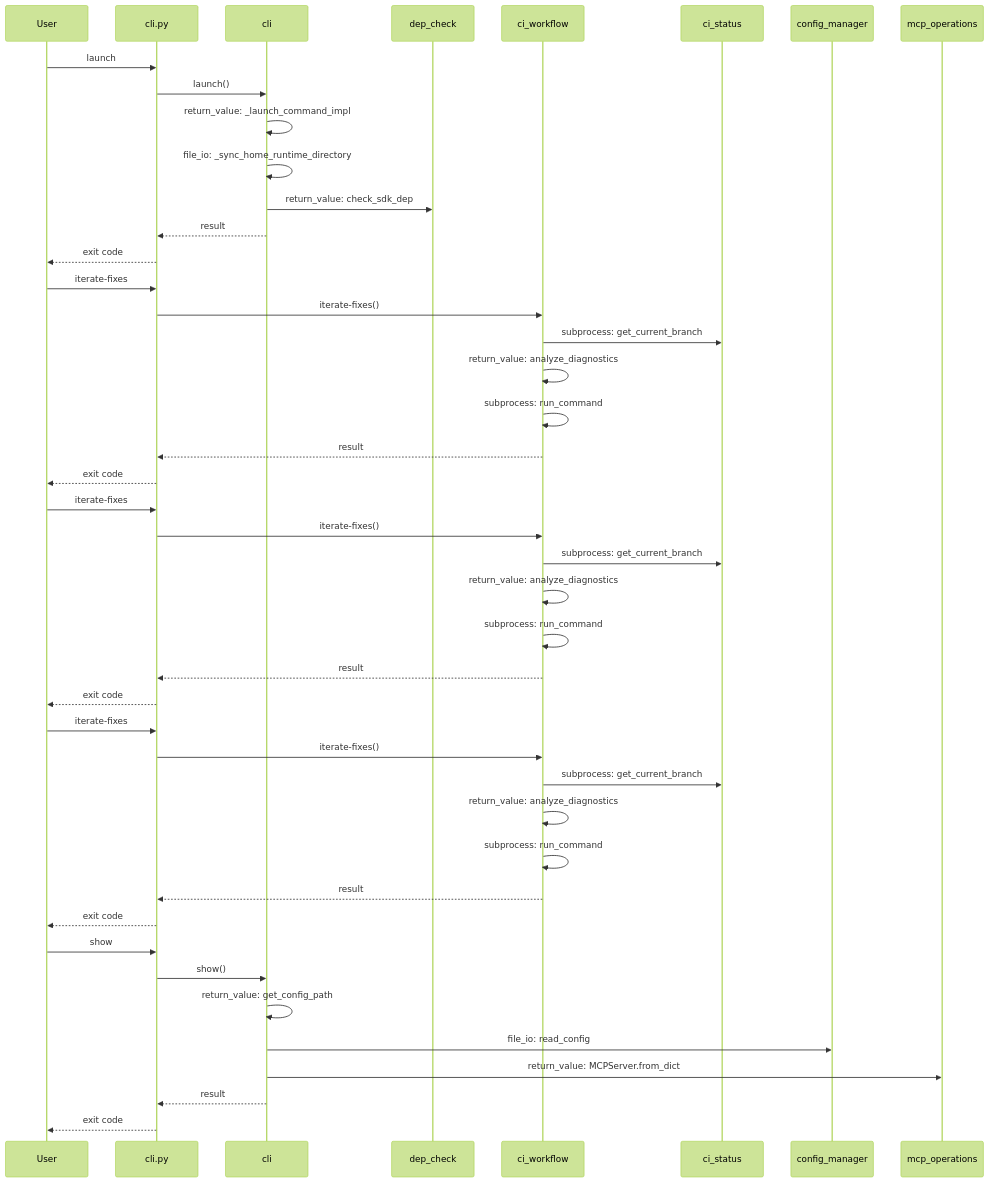
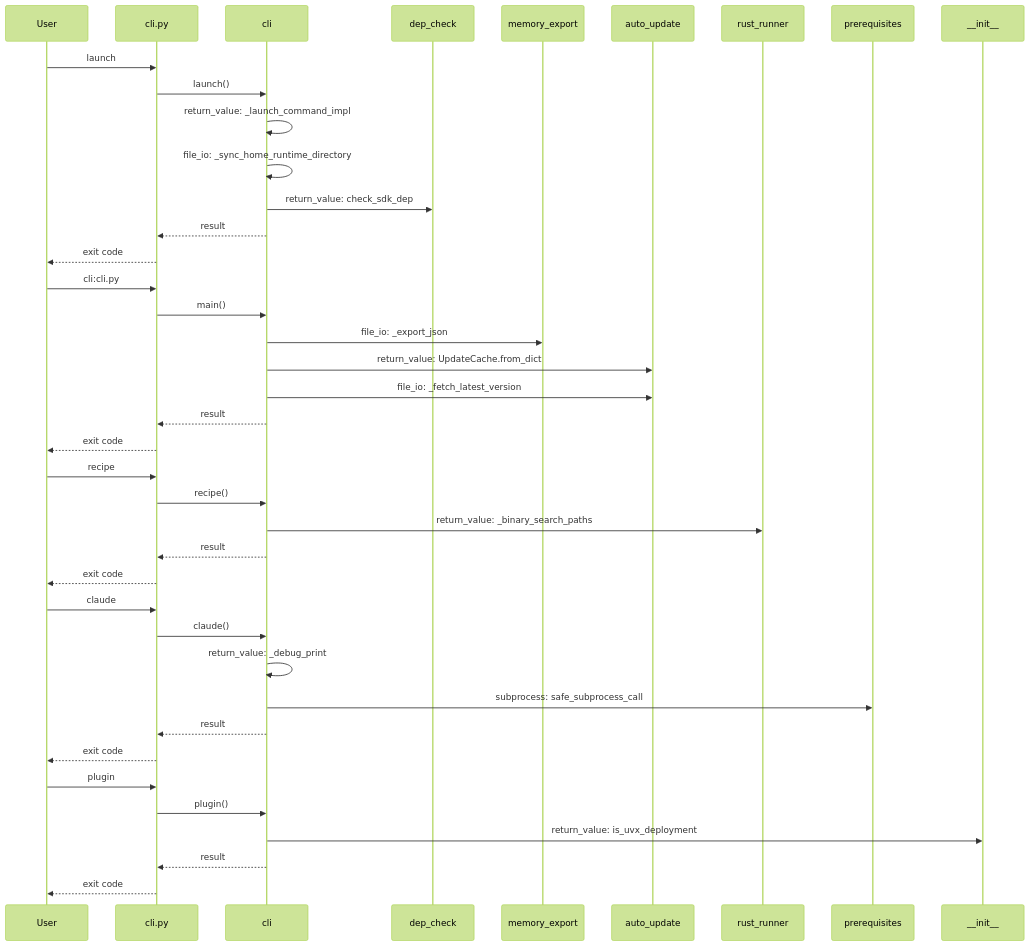
One commit to rysweet/amplihack changed the diagram in docs/atlas/user-journeys/index.md. Above: the diagram before and after it, drawn with Mermaid (forest theme). The commit also changed other lines of this file and 570 other files, not shown here.

````diff
--- a/docs/atlas/user-journeys/index.md
+++ b/docs/atlas/user-journeys/index.md
@@ -19,50 +19,46 @@
     ```mermaid
     sequenceDiagram
         participant User
         participant CLI as cli.py
         participant cli
         User->>CLI: launch
         CLI->>cli: launch()
         cli->>cli: return_value: _launch_command_impl
         cli->>cli: file_io: _sync_home_runtime_directory
         participant dep_check
         cli->>dep_check: return_value: check_sdk_dep
         cli-->>CLI: result
         CLI-->>User: exit code
-    
-        participant ci_workflow
-        User->>CLI: iterate-fixes
-        CLI->>ci_workflow: iterate-fixes()
-        participant ci_status
-        ci_workflow->>ci_status: subprocess: get_current_branch
-        ci_workflow->>ci_workflow: return_value: analyze_diagnostics
-        ci_workflow->>ci_workflow: subprocess: run_command
-        ci_workflow-->>CLI: result
+
+        User->>CLI: cli:cli.py
+        CLI->>cli: main()
+        participant memory_export
+        cli->>memory_export: file_io: _export_json
+        participant auto_update
+        cli->>auto_update: return_value: UpdateCache.from_dict
+        cli->>auto_update: file_io: _fetch_latest_version
+        cli-->>CLI: result
         CLI-->>User: exit code
-    
-        User->>CLI: iterate-fixes
-        CLI->>ci_workflow: iterate-fixes()
-        ci_workflow->>ci_status: subprocess: get_current_branch
-        ci_workflow->>ci_workflow: return_value: analyze_diagnostics
-        ci_workflow->>ci_workflow: subprocess: run_command
-        ci_workflow-->>CLI: result
+
+        User->>CLI: recipe
+        CLI->>cli: recipe()
+        participant rust_runner
+        cli->>rust_runner: return_value: _binary_search_paths
+        cli-->>CLI: result
         CLI-->>User: exit code
-    
-        User->>CLI: iterate-fixes
-        CLI->>ci_workflow: iterate-fixes()
-        ci_workflow->>ci_status: subprocess: get_current_branch
-        ci_workflow->>ci_workflow: return_value: analyze_diagnostics
-        ci_workflow->>ci_workflow: subprocess: run_command
-        ci_workflow-->>CLI: result
+
+        User->>CLI: claude
+        CLI->>cli: claude()
+        cli->>cli: return_value: _debug_print
+        participant prerequisites
+        cli->>prerequisites: subprocess: safe_subprocess_call
+        cli-->>CLI: result
         CLI-->>User: exit code
-    
-        User->>CLI: show
-        CLI->>cli: show()
-        cli->>cli: return_value: get_config_path
-        participant config_manager
-        cli->>config_manager: file_io: read_config
-        participant mcp_operations
-        cli->>mcp_operations: return_value: MCPServer.from_dict
+
+        User->>CLI: plugin
+        CLI->>cli: plugin()
+        participant __init__
+        cli->>__init__: return_value: is_uvx_deployment
         cli-->>CLI: result
         CLI-->>User: exit code
     ```
````
